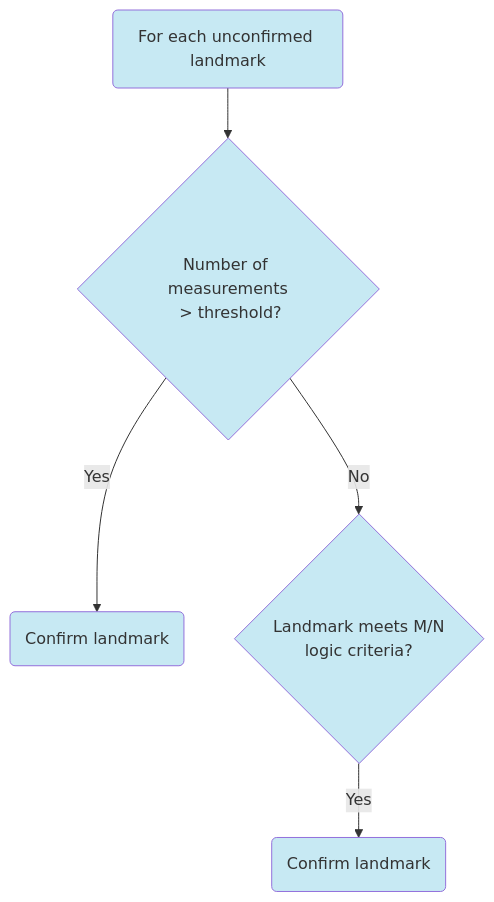
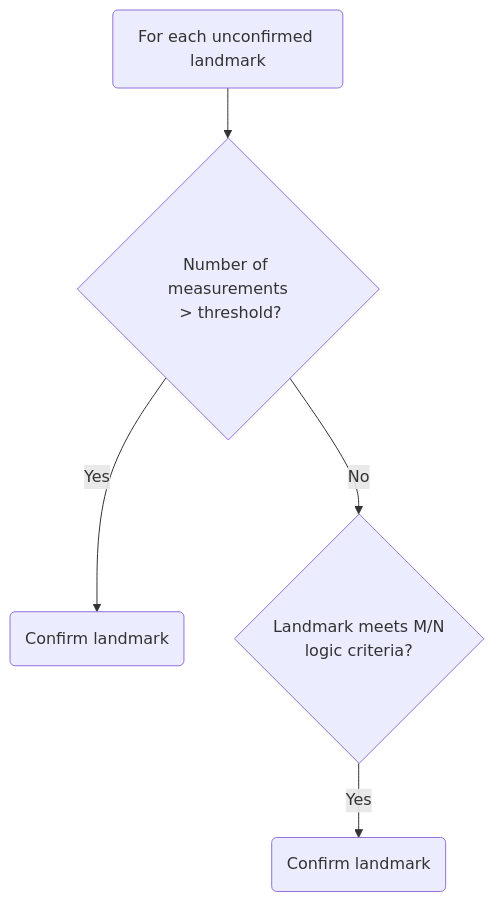
One commit to beteje/beteje.github.io changed the fifth of 6 diagrams in _projects/radarslam.md. Above: the diagram before and after it, drawn with Mermaid. The commit also changed other lines of this file and 5 other files, not shown here.

Commit message:
Fixed update issues with Mermaid

```diff
--- a/_projects/radarslam.md
+++ b/_projects/radarslam.md
@@ -144,10 +136,7 @@
-    {% mermaid %}
+    <pre class="mermaid">
       graph TD
         CL1(For each unconfirmed landmark) --> CL2{Number of measurements<br/> > threshold?}
         CL2 --"Yes"--> CL3(Confirm landmark)
         CL2 --"No"--> CL4{Landmark meets M/N<br/> logic criteria?}
         CL4 --"Yes"--> CL5(Confirm landmark)
-
-        classDef myGraph fill:#c7e9f3;
-        class CL1,CL2,CL3,CL4,CL5 myGraph
-    {% endmermaid %}
+    </pre>
```
